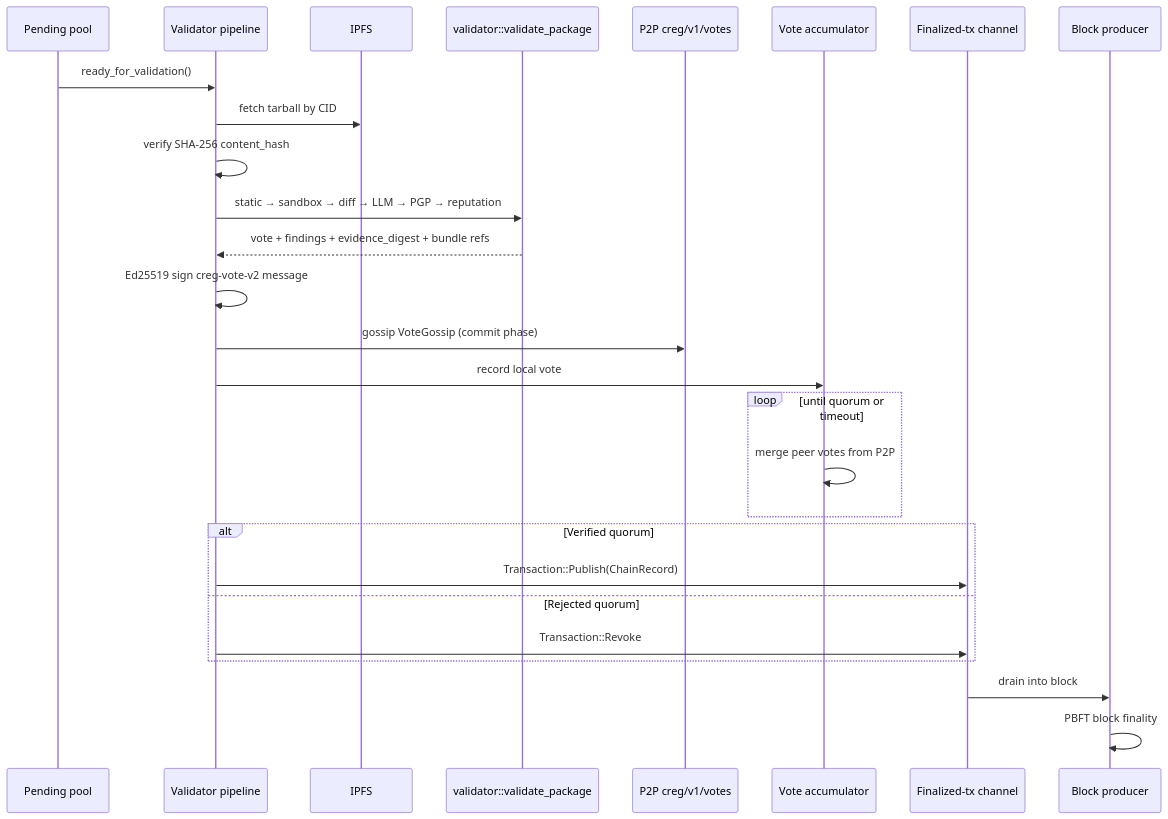
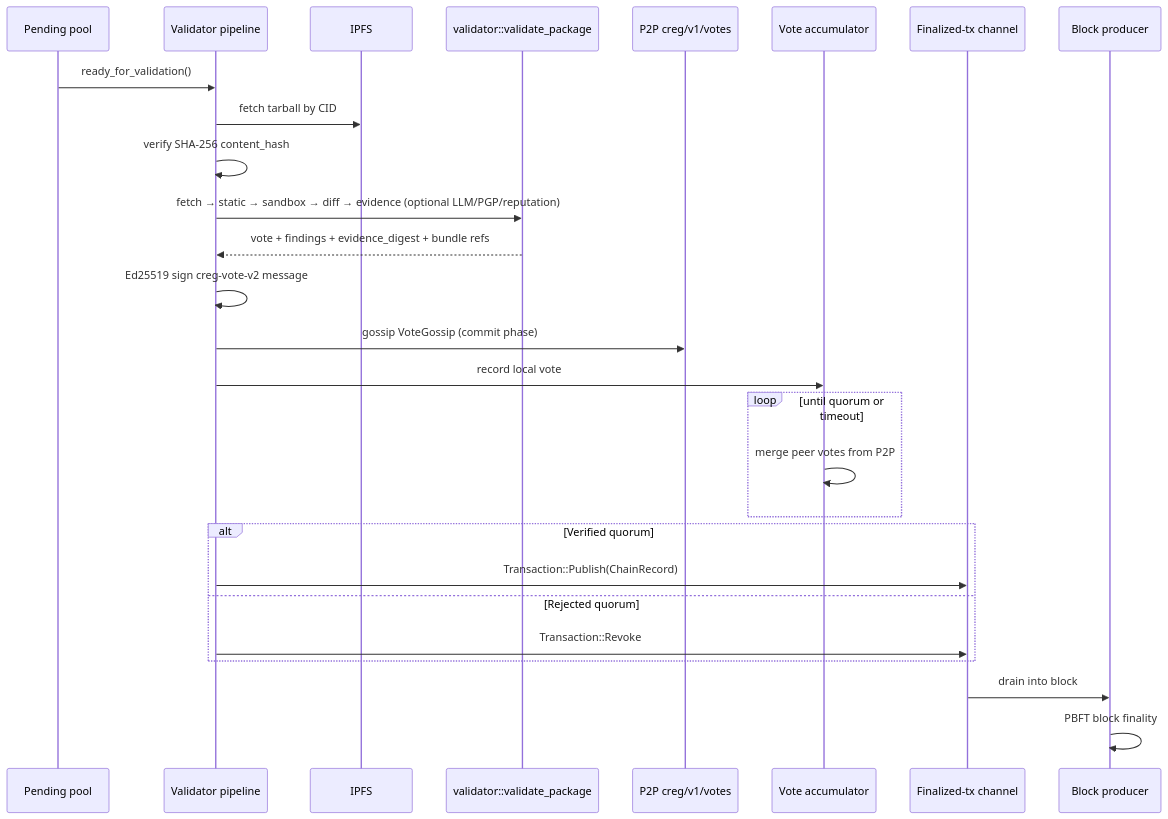
The eighth of 9 diagrams in docs/CREG_SYSTEM_WORKFLOW.md (samuel-1-avson/chain-registry-blockchain-CREG-), drawn with Mermaid before and after one commit. The commit also changed other lines of this file and 3 other files, not shown here.

````diff
--- a/docs/CREG_SYSTEM_WORKFLOW.md
+++ b/docs/CREG_SYSTEM_WORKFLOW.md
@@ -1051,30 +1054,30 @@
 ```mermaid
 sequenceDiagram
     participant Pool as Pending pool
     participant VP as Validator pipeline
     participant IPFS
     participant Val as validator::validate_package
     participant P2P as P2P creg/v1/votes
     participant Acc as Vote accumulator
     participant FT as Finalized-tx channel
     participant BP as Block producer
 
     Pool->>VP: ready_for_validation()
     VP->>IPFS: fetch tarball by CID
     VP->>VP: verify SHA-256 content_hash
-    VP->>Val: static → sandbox → diff → LLM → PGP → reputation
+    VP->>Val: fetch → static → sandbox → diff → evidence (optional LLM/PGP/reputation)
     Val-->>VP: vote + findings + evidence_digest + bundle refs
     VP->>VP: Ed25519 sign creg-vote-v2 message
     VP->>P2P: gossip VoteGossip (commit phase)
     VP->>Acc: record local vote
     loop until quorum or timeout
         Acc->>Acc: merge peer votes from P2P
     end
     alt Verified quorum
         VP->>FT: Transaction::Publish(ChainRecord)
     else Rejected quorum
         VP->>FT: Transaction::Revoke
     end
     FT->>BP: drain into block
     BP->>BP: PBFT block finality
 ```
````
